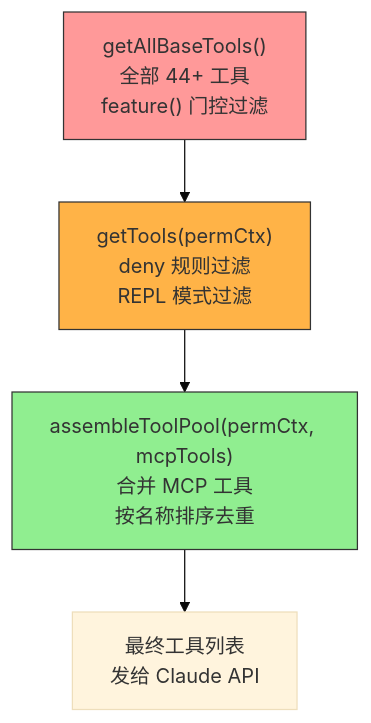
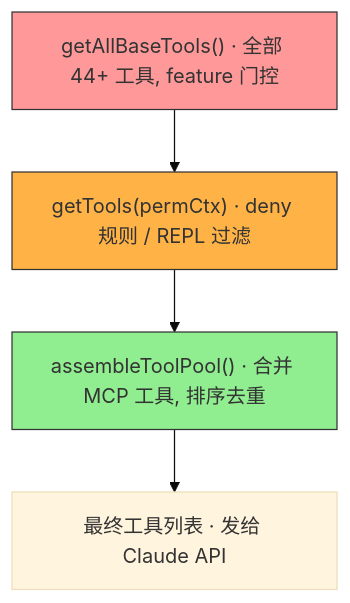
Before and after one commit to turf0909/sleep-code: the ninth of 30 diagrams in CLAUDE_CODE_BOOK.md, drawn with Mermaid (base theme). The commit also changed other lines of this file, not shown here.

First line of the commit message:
docs: major expansion and fact-check of Claude Code architecture book

````diff
--- a/CLAUDE_CODE_BOOK.md
+++ b/CLAUDE_CODE_BOOK.md
@@ -1073,10 +1115,10 @@
 ```mermaid
 flowchart TD
-    ALL["getAllBaseTools()<br/>全部 44+ 工具<br/>feature() 门控过滤"] --> GET["getTools(permCtx)<br/>deny 规则过滤<br/>REPL 模式过滤"]
-    GET --> ASSEMBLE["assembleToolPool(permCtx, mcpTools)<br/>合并 MCP 工具<br/>按名称排序去重"]
-    ASSEMBLE --> FINAL["最终工具列表<br/>发给 Claude API"]
+    ALL["getAllBaseTools() · 全部 44+ 工具, feature 门控"] --> GET["getTools(permCtx) · deny 规则 / REPL 过滤"]
+    GET --> ASSEMBLE["assembleToolPool() · 合并 MCP 工具, 排序去重"]
+    ASSEMBLE --> FINAL["最终工具列表 · 发给 Claude API"]
 
     style ALL fill:#ff9999,stroke:#333,color:#333
     style GET fill:#FFB347,stroke:#333,color:#333
     style ASSEMBLE fill:#90EE90,stroke:#333,color:#333
 ```
````
